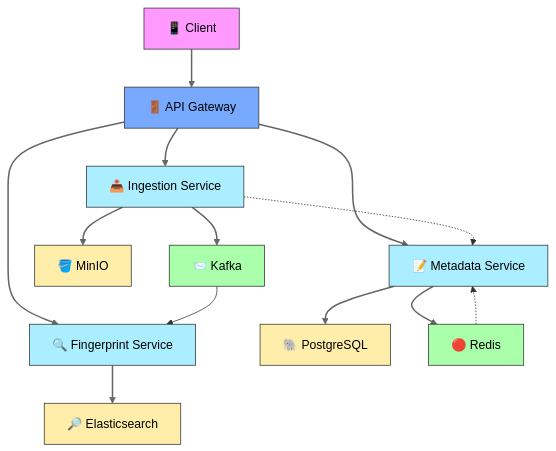
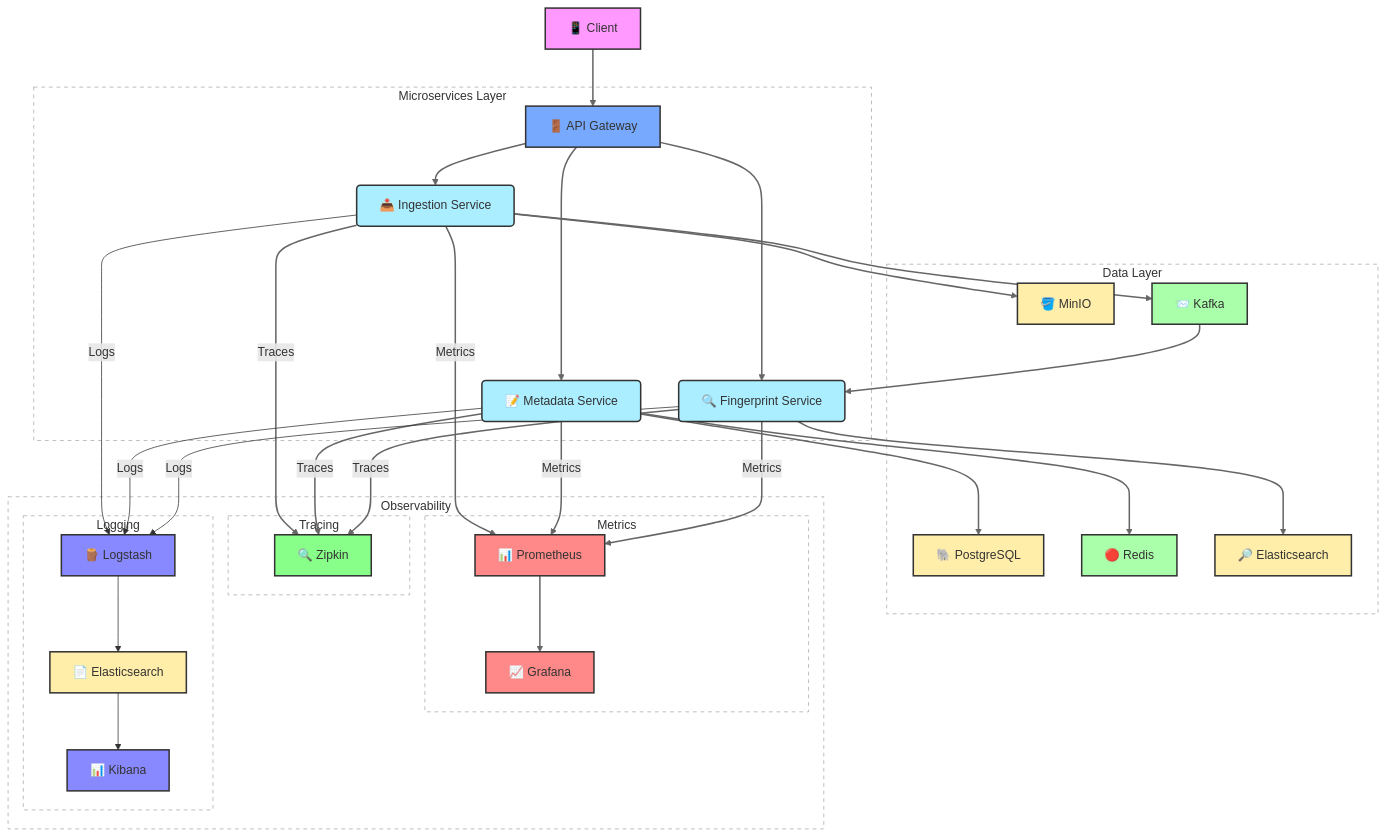
One commit to BogdanPryadko4853/audio-shazam changed the diagram in README.md. Above: the diagram before and after it, drawn with Mermaid. The commit also changed other lines of this file, not shown here.

````diff
--- a/README.md
+++ b/README.md
@@ -35,37 +41,89 @@
 ```mermaid
 graph TD
-    %% Clients
+    %% ========== Clients Section ==========
     A[📱 Client] --> B[🚪 API Gateway]
     
-    %% Services
-    B --> C[📤 Ingestion Service]
-    B --> D[📝 Metadata Service]
-    B --> E[🔍 Fingerprint Service]
+    %% ========== Main Services Section ==========
+    subgraph "Microservices Layer"
+        B --> C[📤 Ingestion Service]
+        B --> D[📝 Metadata Service]
+        B --> E[🔍 Fingerprint Service]
+    end
     
-    %% Data Stores
-    C --> F[🪣 MinIO]
-    C --> G[📨 Kafka]
-    D --> H[🐘 PostgreSQL]
-    D --> J[🔴 Redis]
-    E --> I[🔎 Elasticsearch]
+    %% ========== Data Stores Section ==========
+    subgraph "Data Layer"
+        F[🪣 MinIO]
+        G[📨 Kafka]
+        H[🐘 PostgreSQL]
+        J[🔴 Redis]
+        I[🔎 Elasticsearch]
+    end
     
-    %% Connections
+    %% ========== Observability Section ==========
+    subgraph "Observability"
+        subgraph "Metrics"
+            K[📊 Prometheus]
+            L[📈 Grafana]
+        end
+        
+        subgraph "Tracing"
+            M[🔍 Zipkin]
+        end
+        
+        subgraph "Logging"
+            N[🪵 Logstash]
+            O[📄 Elasticsearch]
+            P[📊 Kibana]
+        end
+    end
+    
+    %% ========== Service Connections ==========
+    C --> F
+    C --> G
+    D --> H
+    D --> J
+    E --> I
     G --> E
-    C -.-> D
-    J -.-> D
     
-    %% Styling
-    classDef client fill:#f9f,stroke:#333,color:#000;
-    classDef gateway fill:#7af,stroke:#333,color:#000;
-    classDef service fill:#aef,stroke:#333,color:#000;
-    classDef storage fill:#fea,stroke:#333,color:#000;
-    classDef queue fill:#afa,stroke:#333,color:#000;
+    %% ========== Observability Connections ==========
+    C & D & E -->|Metrics| K
+    K --> L
+    
+    C & D & E -->|Traces| M
+    
+    C & D & E -->|Logs| N
+    N --> O
+    O --> P
+    
+    %% ========== Styling ==========
+    classDef client fill:#f9f,stroke:#333,stroke-width:2px;
+    classDef gateway fill:#7af,stroke:#333,stroke-width:2px;
+    classDef service fill:#aef,stroke:#333,stroke-width:2px, rx:5, ry:5;
+    classDef storage fill:#fea,stroke:#333,stroke-width:2px;
+    classDef queue fill:#afa,stroke:#333,stroke-width:2px;
+    classDef metrics fill:#f88,stroke:#333,stroke-width:2px;
+    classDef tracing fill:#8f8,stroke:#333,stroke-width:2px;
+    classDef logging fill:#88f,stroke:#333,stroke-width:2px;
+    classDef cluster fill:none,stroke-dasharray:5,stroke:#aaa;
     
     class A client;
     class B gateway;
     class C,D,E service;
-    class F,H,I storage;
+    class F,H,I,O storage;
     class G,J queue;
+    class K,L metrics;
+    class M tracing;
+    class N,P logging;
     
-    linkStyle 0,1,2,3,4,5,6,7,8 stroke:#666,stroke-width:2px;
+    %% ========== Layout Improvements ==========
+    %% Vertical alignment
+    linkStyle 0 stroke:#666,stroke-width:2px;
+    linkStyle 1,2,3 stroke:#666,stroke-width:2px;
+    linkStyle 4,5,6,7,8 stroke:#666,stroke-width:2px;
+    linkStyle 9,10,11 stroke:#666,stroke-width:2px;
+    linkStyle 12,13,14 stroke:#666,stroke-width:2px;
+    linkStyle 15,16 stroke:#666,stroke-width:2px;
+    
+    %% Group styling
+    class microservices,data,observability cluster;
 ```
````
